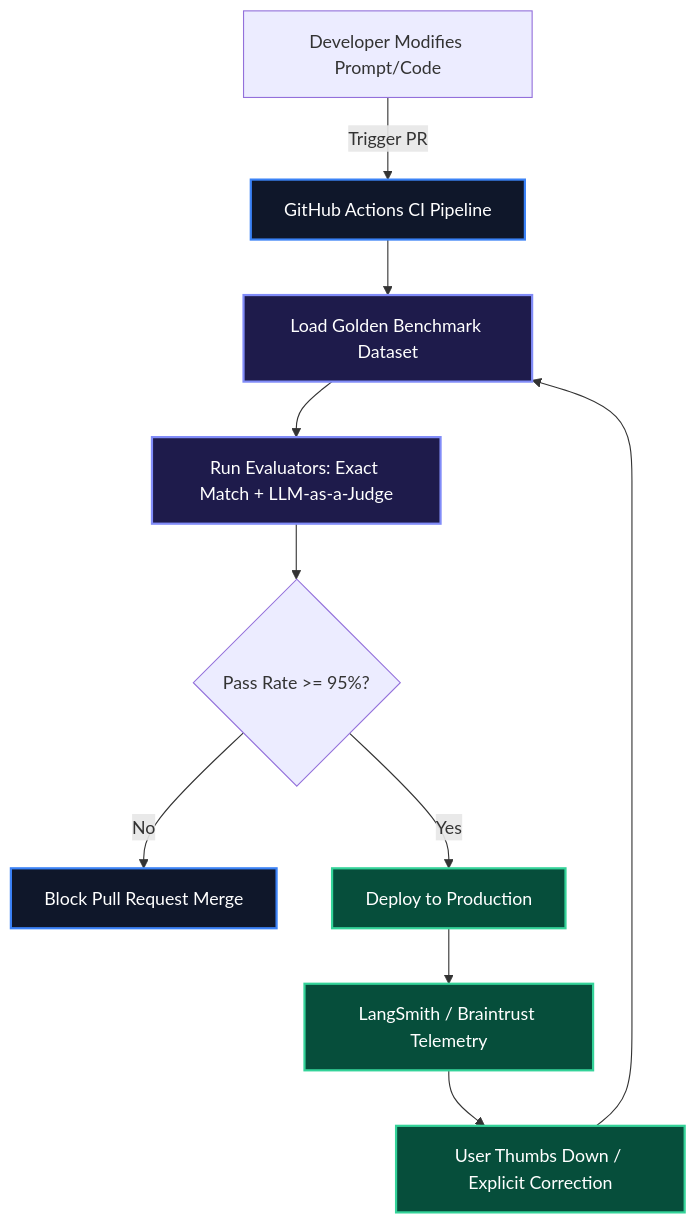
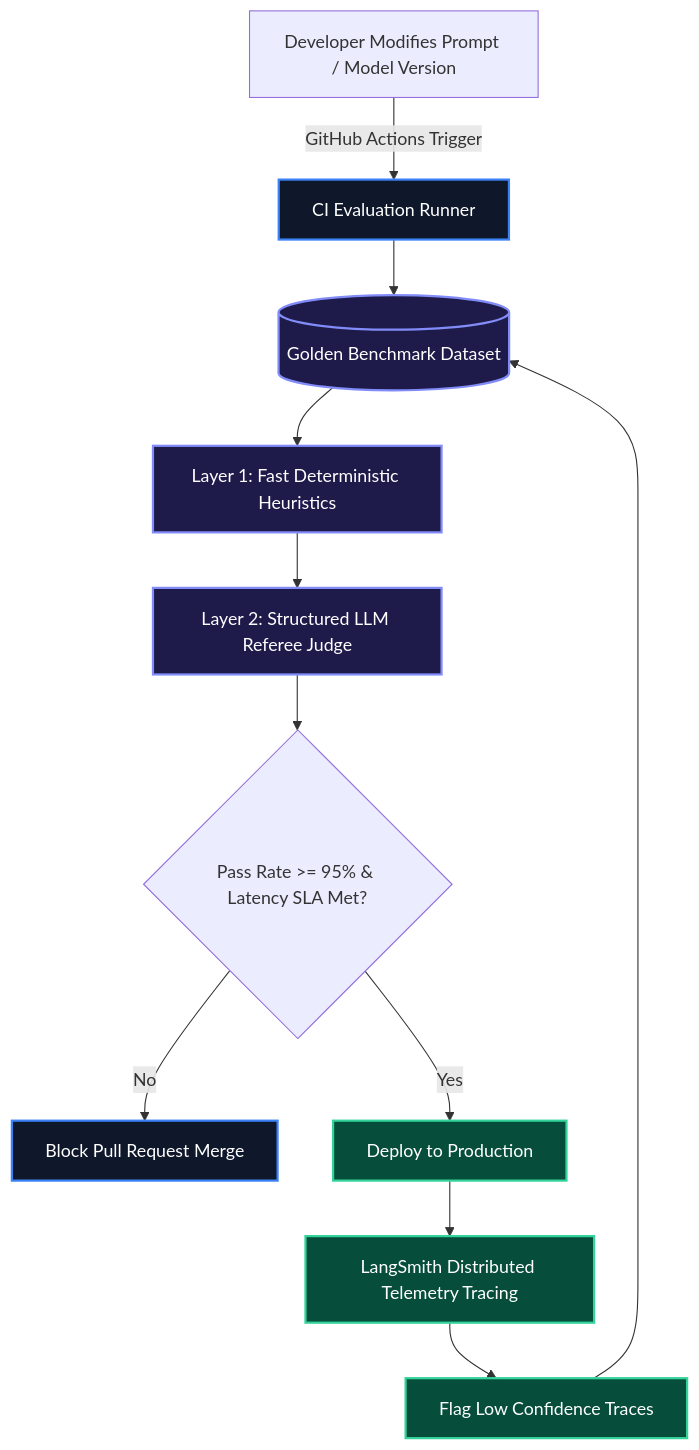
The diagram in content/posts/ai-tools-and-infra/production-llm-evals.mdx (Ovanthra-Inc/sidhya-blog), drawn with Mermaid before and after one commit. The commit also changed other lines of this file and 42 other files, not shown here.

````diff
--- a/content/posts/ai-tools-and-infra/production-llm-evals.mdx
+++ b/content/posts/ai-tools-and-infra/production-llm-evals.mdx
@@ -34,19 +36,20 @@
 ```mermaid
 graph TD
     classDef devStyle fill:#0f172a,stroke:#3b82f6,stroke-width:2px,color:#fff;
     classDef evalStyle fill:#1e1b4b,stroke:#818cf8,stroke-width:2px,color:#fff;
     classDef prodStyle fill:#064e3b,stroke:#34d399,stroke-width:2px,color:#fff;
 
-    PromptChange[Developer Modifies Prompt/Code] -->|Trigger PR| GitHubCI[GitHub Actions CI Pipeline]:::devStyle
-    GitHubCI --> Dataset[Load Golden Benchmark Dataset]:::evalStyle
+    PR[Developer Modifies Prompt / Model Version] -->|GitHub Actions Trigger| CI[CI Evaluation Runner]:::devStyle
+    CI --> Benchmark[(Golden Benchmark Dataset)]:::evalStyle
     
-    Dataset --> EvalSuite[Run Evaluators: Exact Match + LLM-as-a-Judge]:::evalStyle
-    EvalSuite --> PassCheck{Pass Rate >= 95%?}
+    Benchmark --> HeuristicLayer[Layer 1: Fast Deterministic Heuristics]:::evalStyle
+    HeuristicLayer --> JudgeLayer[Layer 2: Structured LLM Referee Judge]:::evalStyle
     
-    PassCheck -- No --> BlockPR[Block Pull Request Merge]:::devStyle
-    PassCheck -- Yes --> Deploy[Deploy to Production]:::prodStyle
+    JudgeLayer --> Gate{Pass Rate >= 95% & Latency SLA Met?}
+    Gate -- No --> Block[Block Pull Request Merge]:::devStyle
+    Gate -- Yes --> Deploy[Deploy to Production]:::prodStyle
     
-    Deploy --> Tracing[LangSmith / Braintrust Telemetry]:::prodStyle
-    Tracing --> UserFeedback[User Thumbs Down / Explicit Correction]:::prodStyle
-    UserFeedback --> Dataset
+    Deploy --> Trace[LangSmith Distributed Telemetry Tracing]:::prodStyle
+    Trace --> Regressions[Flag Low Confidence Traces]:::prodStyle
+    Regressions --> Benchmark
 ```
````
